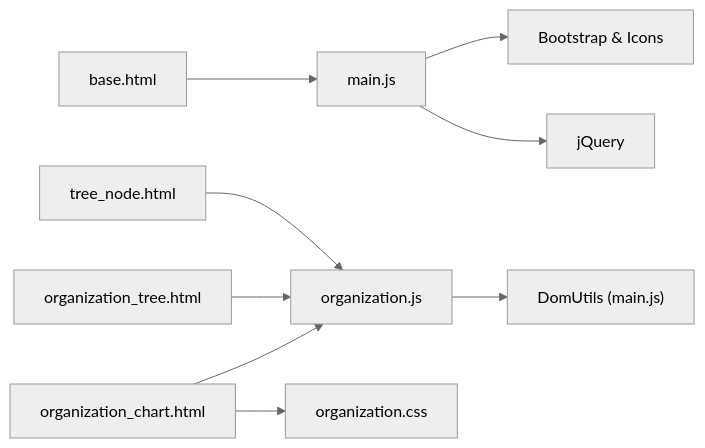
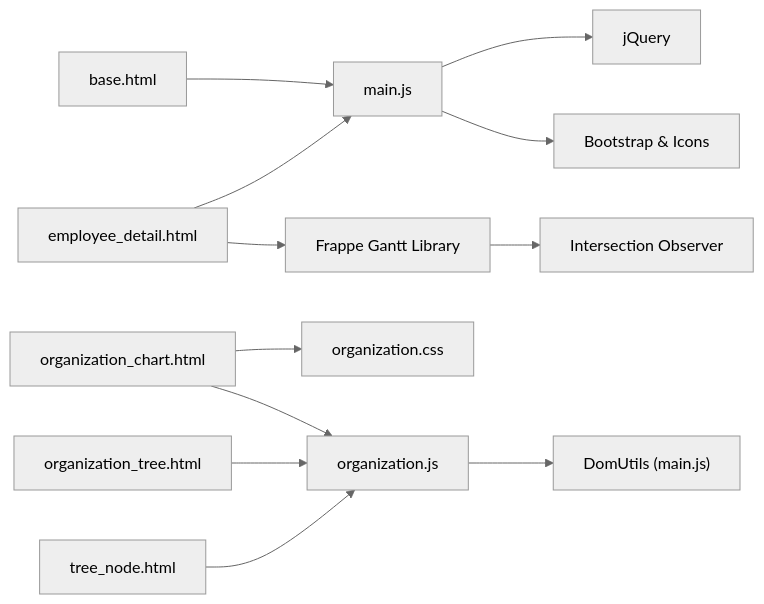
The sixth of 6 diagrams in .qoder/repowiki/en/content/User Interface and Templates/JavaScript Components and Interactivity.md (Pavel9474/task_manager), drawn with Mermaid (neutral theme) before and after one commit. The commit also changed other lines of this file and 11 other files, not shown here.

Commit message:
bars are added gantt correct, popup windows works

````diff
--- a/.qoder/repowiki/en/content/User Interface and Templates/JavaScript Components and Interactivity.md
+++ b/.qoder/repowiki/en/content/User Interface and Templates/JavaScript Components and Interactivity.md
@@ -342,11 +539,14 @@
 ```mermaid
 graph LR
 BH["base.html"] --> JS_MAIN["main.js"]
 OC["organization_chart.html"] --> JS_ORG["organization.js"]
 OC --> CSS_ORG["organization.css"]
 OT["organization_tree.html"] --> JS_ORG
 TN["tree_node.html"] --> JS_ORG
+ED["employee_detail.html"] --> GANTT_LIB["Frappe Gantt Library"]
+ED --> JS_MAIN
 JS_ORG --> DOMU["DomUtils (main.js)"]
 JS_MAIN --> BOOT["Bootstrap & Icons"]
 JS_MAIN --> JQ["jQuery"]
+GANTT_LIB --> INTERSECT_OBS["Intersection Observer"]
 ```
````
